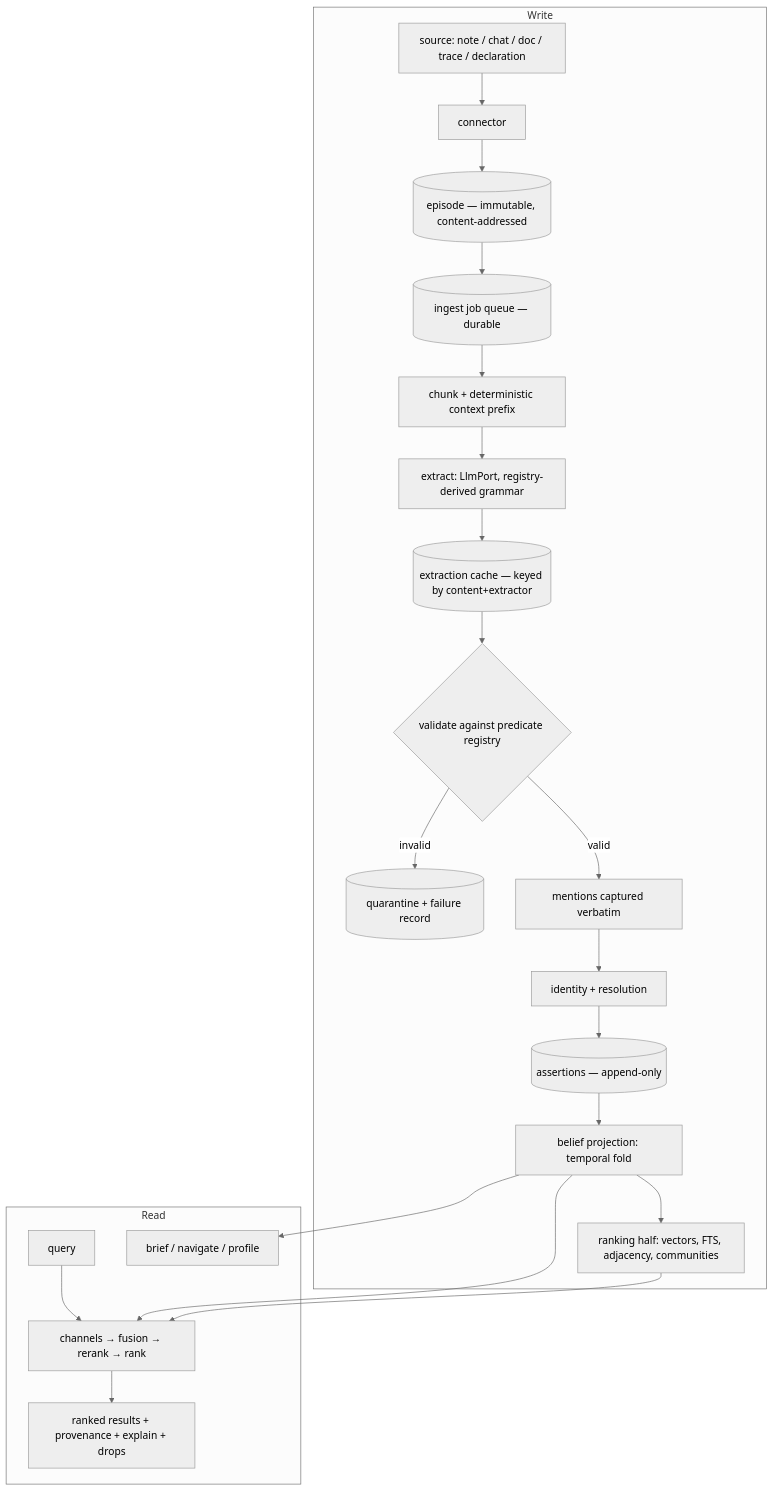
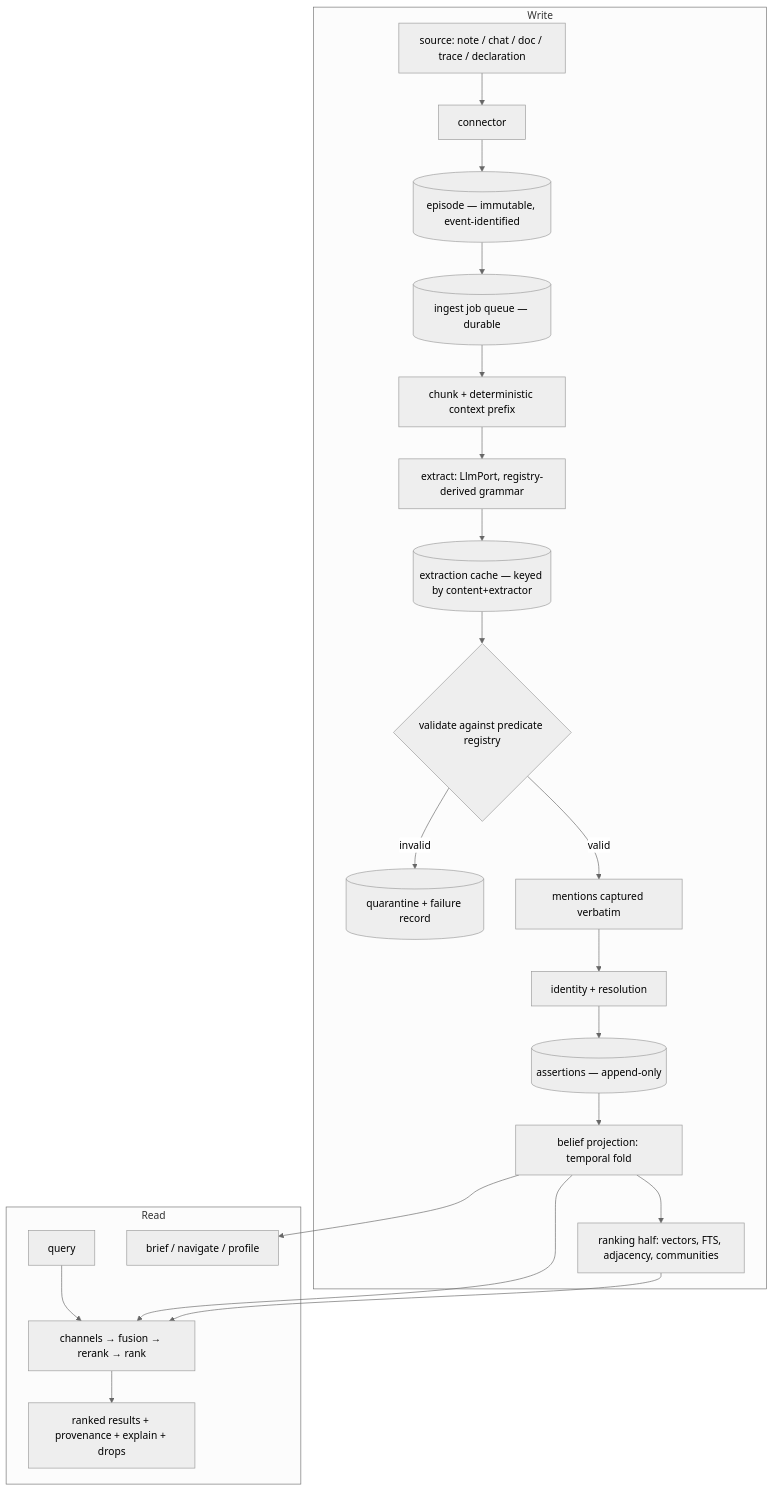
Before and after one commit to a7garden/oxibrain: the diagram in doc/ARCHITECTURE.md, drawn with Mermaid (neutral theme). The commit also changed other lines of this file and 30 other files, not shown here.

````diff
--- a/doc/ARCHITECTURE.md
+++ b/doc/ARCHITECTURE.md
@@ -325,25 +325,25 @@
 ```mermaid
 flowchart TB
   subgraph Write
     S[source: note / chat / doc / trace / declaration] --> C[connector]
-    C --> E[(episode — immutable, content-addressed)]
+    C --> E[(episode — immutable, event-identified)]
     E --> Q[(ingest job queue — durable)]
     Q --> CH[chunk + deterministic context prefix]
     CH --> X[extract: LlmPort, registry-derived grammar]
     X --> RC[(extraction cache — keyed by content+extractor)]
     RC --> V{validate against predicate registry}
     V -- invalid --> QN[(quarantine + failure record)]
     V -- valid --> M[mentions captured verbatim]
     M --> R[identity + resolution]
     R --> A[(assertions — append-only)]
     A --> B[belief projection: temporal fold]
     B --> IDX[ranking half: vectors, FTS, adjacency, communities]
   end
   subgraph Read
     Qy[query] --> F[channels → fusion → rerank → rank]
     B --> F
     IDX --> F
     F --> Ans[ranked results + provenance + explain + drops]
     B --> BR[brief / navigate / profile]
   end
 ```
````
